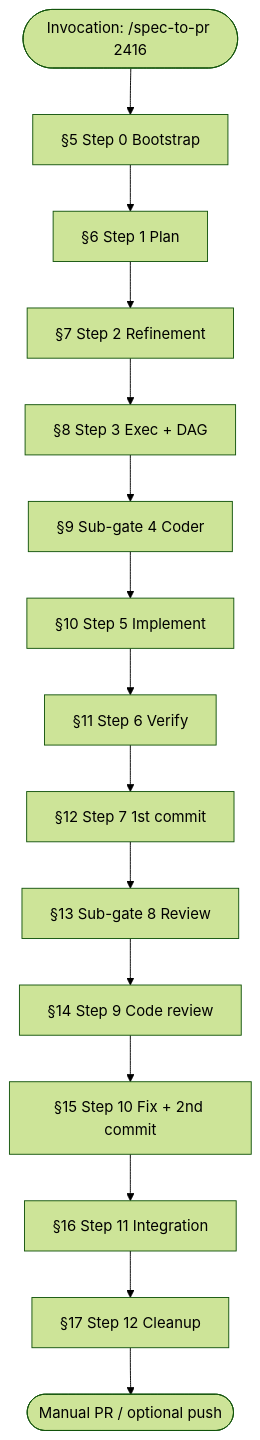
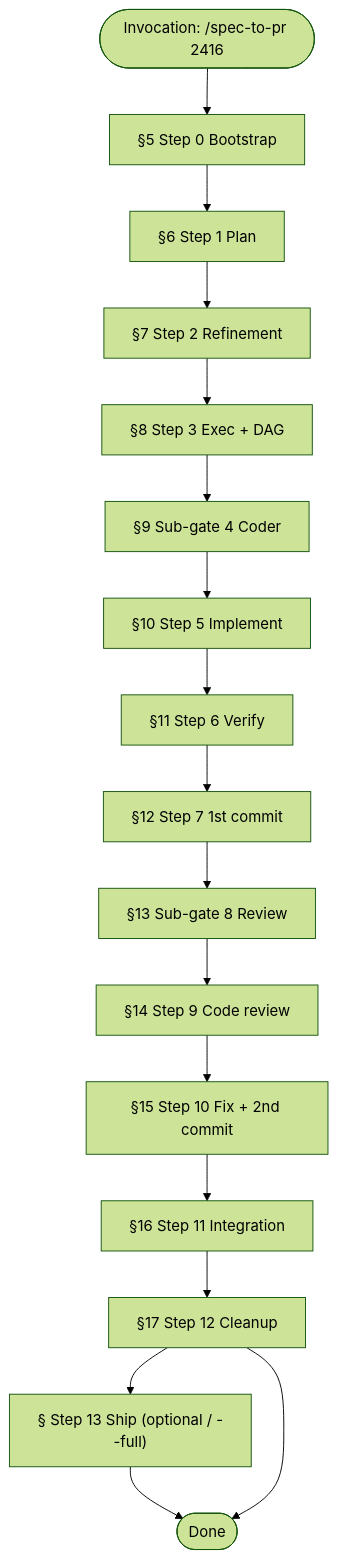
One commit to jpolvora/workflow-skills changed the diagram in .agents/skills/spec-to-pr/docs/faq.md. Above: the diagram before and after it, drawn with Mermaid (forest theme). The commit also changed other lines of this file and 30 other files, not shown here.

````diff
--- a/.agents/skills/spec-to-pr/docs/faq.md
+++ b/.agents/skills/spec-to-pr/docs/faq.md
@@ -105,17 +105,19 @@
 ```mermaid
 flowchart TD
     START(["Invocation: /spec-to-pr 2416"]) --> S0["§5 Step 0 Bootstrap"]
     S0 --> S1["§6 Step 1 Plan"]
     S1 --> S2["§7 Step 2 Refinement"]
     S2 --> S3["§8 Step 3 Exec + DAG"]
     S3 --> SG4["§9 Sub-gate 4 Coder"]
     SG4 --> S5["§10 Step 5 Implement"]
     S5 --> S6["§11 Step 6 Verify"]
     S6 --> S7["§12 Step 7 1st commit"]
     S7 --> SG8["§13 Sub-gate 8 Review"]
     SG8 --> S9["§14 Step 9 Code review"]
     S9 --> S10["§15 Step 10 Fix + 2nd commit"]
     S10 --> S11["§16 Step 11 Integration"]
     S11 --> S12["§17 Step 12 Cleanup"]
-    S12 --> END(["Manual PR / optional push"])
+    S12 --> S13["§ Step 13 Ship (optional / --full)"]
+    S13 --> END(["Done"])
+    S12 --> END
 ```
````
